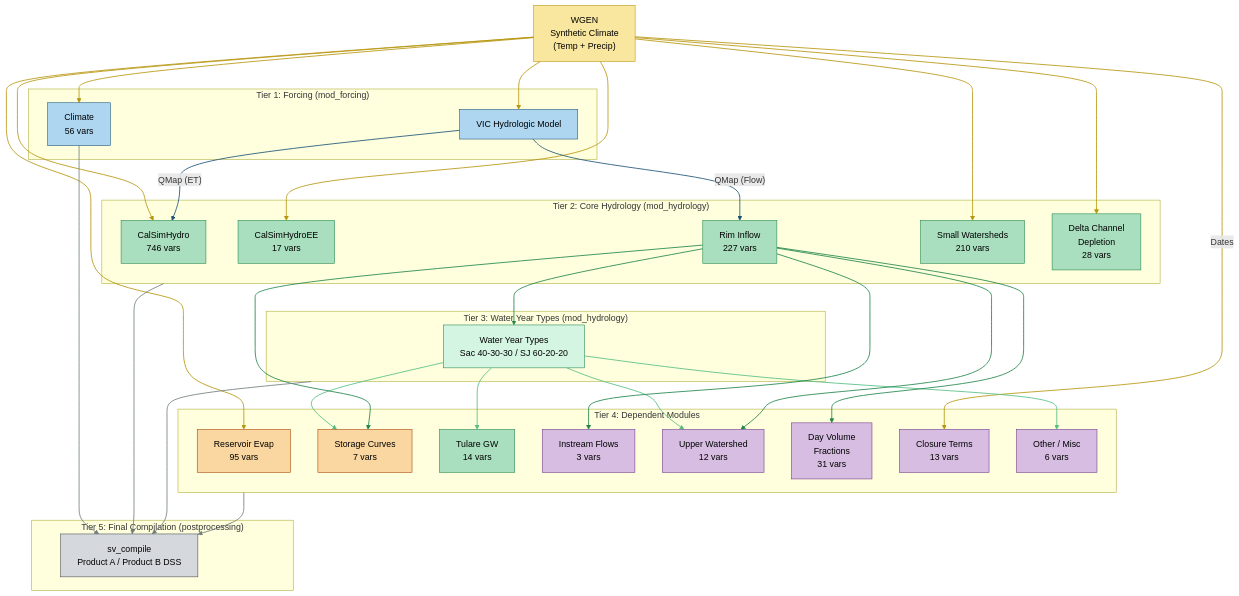
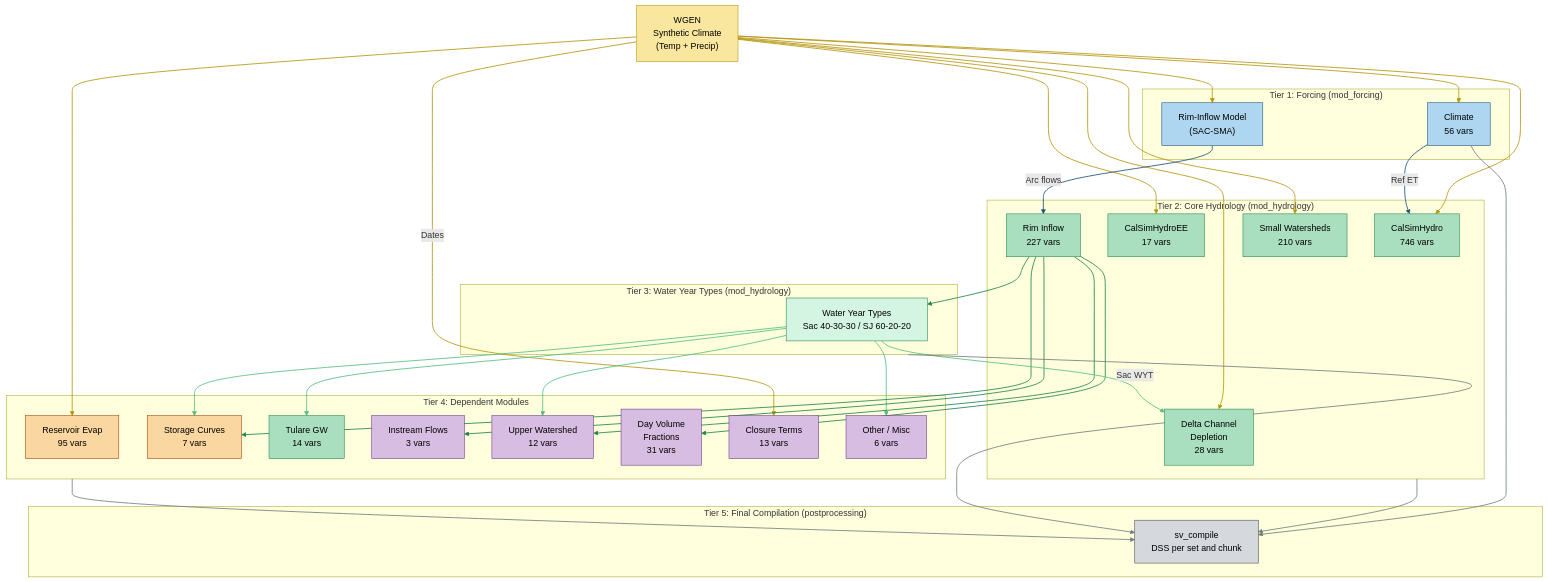
Before and after one commit to CentralValleyModeling/calsim3-stochastic-input-generation: the diagram in docs/source/input-generation/overview.md, drawn with Mermaid. The commit also changed 24 other files, not shown here.

````diff
--- a/docs/source/input-generation/overview.md
+++ b/docs/source/input-generation/overview.md
@@ -68,80 +68,81 @@
 ```{mermaid}
 flowchart TD
     classDef wgen fill:#F9E79F,stroke:#B7950B,color:#000
     classDef forcing fill:#AED6F1,stroke:#1A5276,color:#000
     classDef hydrology fill:#A9DFBF,stroke:#1E8449,color:#000
     classDef wyt fill:#D5F5E3,stroke:#1E8449,color:#000
     classDef reservoir fill:#FAD7A0,stroke:#A04000,color:#000
     classDef other fill:#D7BDE2,stroke:#6C3483,color:#000
     classDef postproc fill:#D5D8DC,stroke:#424949,color:#000
 
     WGEN["WGEN<br/>Synthetic Climate<br/>(Temp + Precip)"]:::wgen
 
     subgraph Tier1["Tier 1: Forcing (mod_forcing)"]
-        VIC["VIC Hydrologic Model"]:::forcing
+        INFLOWS["Rim-Inflow Model<br/>(SAC-SMA)"]:::forcing
         CLIMATE["Climate<br/>56 vars"]:::forcing
     end
 
     subgraph Tier2["Tier 2: Core Hydrology (mod_hydrology)"]
         CSHYDRO["CalSimHydro<br/>746 vars"]:::hydrology
         CSHYDRO_EE["CalSimHydroEE<br/>17 vars"]:::hydrology
         RIM["Rim Inflow<br/>227 vars"]:::hydrology
         SWS["Small Watersheds<br/>210 vars"]:::hydrology
         DCD["Delta Channel<br/>Depletion<br/>28 vars"]:::hydrology
     end
 
     subgraph Tier3["Tier 3: Water Year Types (mod_hydrology)"]
         WYT["Water Year Types<br/>Sac 40-30-30 / SJ 60-20-20"]:::wyt
     end
 
     subgraph Tier4["Tier 4: Dependent Modules"]
         EVAP["Reservoir Evap<br/>95 vars"]:::reservoir
         STORAGE["Storage Curves<br/>7 vars"]:::reservoir
         TULARE["Tulare GW<br/>14 vars"]:::hydrology
         INSTREAM["Instream Flows<br/>3 vars"]:::other
         UPPER["Upper Watershed<br/>12 vars"]:::other
         DVF["Day Volume<br/>Fractions<br/>31 vars"]:::other
         CLOSURE["Closure Terms<br/>13 vars"]:::other
         OTHER["Other / Misc<br/>6 vars"]:::other
     end
 
     subgraph Tier5["Tier 5: Final Compilation (postprocessing)"]
-        COMPILE["sv_compile<br/>Product A / Product B DSS"]:::postproc
+        COMPILE["sv_compile<br/>DSS per set and chunk"]:::postproc
     end
 
-    WGEN --> VIC
+    WGEN --> INFLOWS
     WGEN --> CLIMATE
     WGEN --> CSHYDRO
     WGEN --> CSHYDRO_EE
     WGEN --> SWS
     WGEN --> DCD
     WGEN --> EVAP
     WGEN -->|"Dates"| CLOSURE
-    VIC -->|"QMap (Flow)"| RIM
-    VIC -->|"QMap (ET)"| CSHYDRO
+    INFLOWS -->|"Arc flows"| RIM
+    CLIMATE -->|"Ref ET"| CSHYDRO
     RIM --> WYT
     WYT --> TULARE
     WYT --> UPPER
     WYT --> OTHER
     WYT --> STORAGE
     RIM --> INSTREAM
     RIM --> UPPER
     RIM --> DVF
     RIM --> STORAGE
     CLIMATE --> COMPILE
     Tier2 --> COMPILE
     Tier3 --> COMPILE
     Tier4 --> COMPILE
+    WYT -->|"Sac WYT"| DCD
 
     %% Arrow colors by source (linkStyle indices are 0-based, in order of appearance above)
     %% WGEN arrows: 0-7 (gold)
     linkStyle 0,1,2,3,4,5,6,7 stroke:#B7950B,stroke-width:1.5px
-    %% VIC arrows: 8-9 (blue)
+    %% forcing arrows: 8-9 (blue)
     linkStyle 8,9 stroke:#1A5276,stroke-width:1.5px
     %% RIM arrows: 10,15,16,17,18 (green)
     linkStyle 10,15,16,17,18 stroke:#1E8449,stroke-width:1.5px
-    %% WYT arrows: 11-14 (light green)
-    linkStyle 11,12,13,14 stroke:#52BE80,stroke-width:1.5px
+    %% WYT arrows: 11-14, 23 (light green)
+    linkStyle 11,12,13,14,23 stroke:#52BE80,stroke-width:1.5px
     %% compile arrows: 19-22 (gray)
     linkStyle 19,20,21,22 stroke:#717D7E,stroke-width:1.5px
 ```
````
